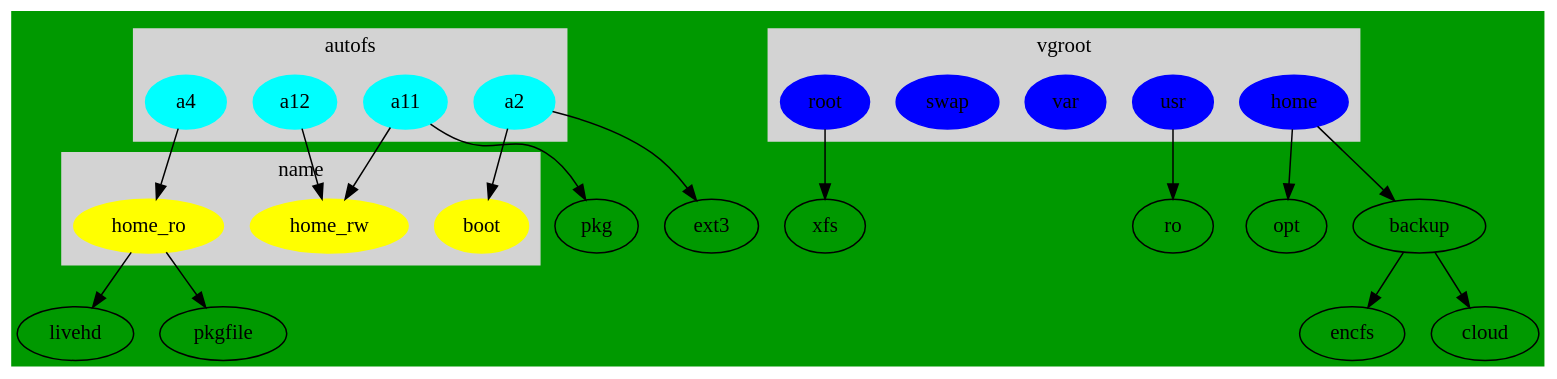
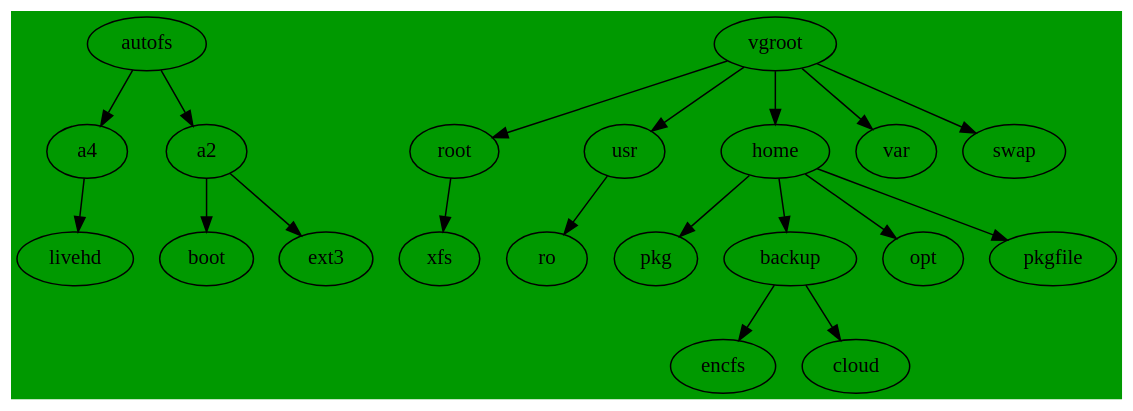
One commit to cdede/dotfiles changed the diagram in dot/.config/dupl/parted.dot. Above: the diagram before and after it, drawn with Graphviz.

Commit message:
change a11 a12 to pv

```diff
--- a/dot/.config/dupl/parted.dot
+++ b/dot/.config/dupl/parted.dot
@@ -1,49 +1,23 @@
 // dot -Tpng  parted.dot -o line1.png
 //  default ext4
 digraph G {
   bgcolor ="#009900";
-	subgraph cluster_0 {
-		style=filled;
-		color=lightgrey;
-		node [style=filled,color=cyan];
-		a2 ;
-                a4;
-                a11;
-                a12;
-		label = "autofs";
-	}
-	subgraph cluster_2 {
-		style=filled;
-		color=lightgrey;
-		node [style=filled,color=yellow];
-		boot;
-                home_ro;
-                home_rw;
-		label = "name";
-	}
-	subgraph cluster_3 {
-		style=filled;
-		color=lightgrey;
-		node [style=filled,color=blue];
-		root ;
-                usr;
-                var;
-		swap;
-		home;
-		label = "vgroot";
-	}
-	a2 -> boot;
-	a2 -> ext3;
-        a11->home_rw;
-        a11->pkg;
-        a12->home_rw;
-        root->xfs;
-        usr ->ro;
-        home->backup;
-        home->opt;
-        a4 ->home_ro;
-        home_ro->livehd;
-        home_ro->pkgfile;
-        backup -> encfs;
-        backup -> cloud;
+  autofs->a4;
+  autofs->a2;
+  a2 -> boot;
+  a2 -> ext3;
+  root->xfs;
+  usr ->ro;
+  home->pkg;
+  home->backup;
+  home->opt;
+  home->pkgfile;
+  a4->livehd;
+  backup -> encfs;
+  backup -> cloud;
+  vgroot->root ;
+  vgroot->usr;
+  vgroot->var;
+  vgroot->swap;
+  vgroot->home;
 }
```
